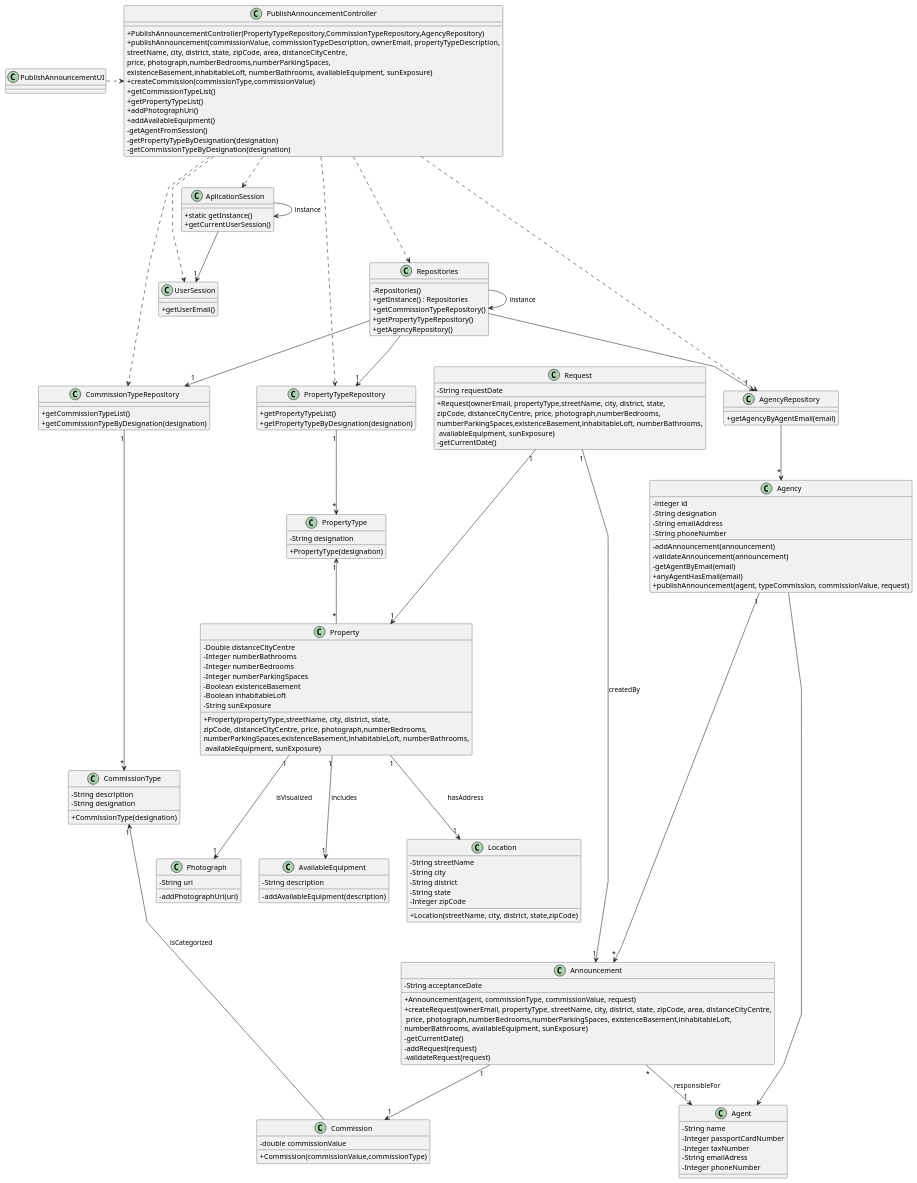
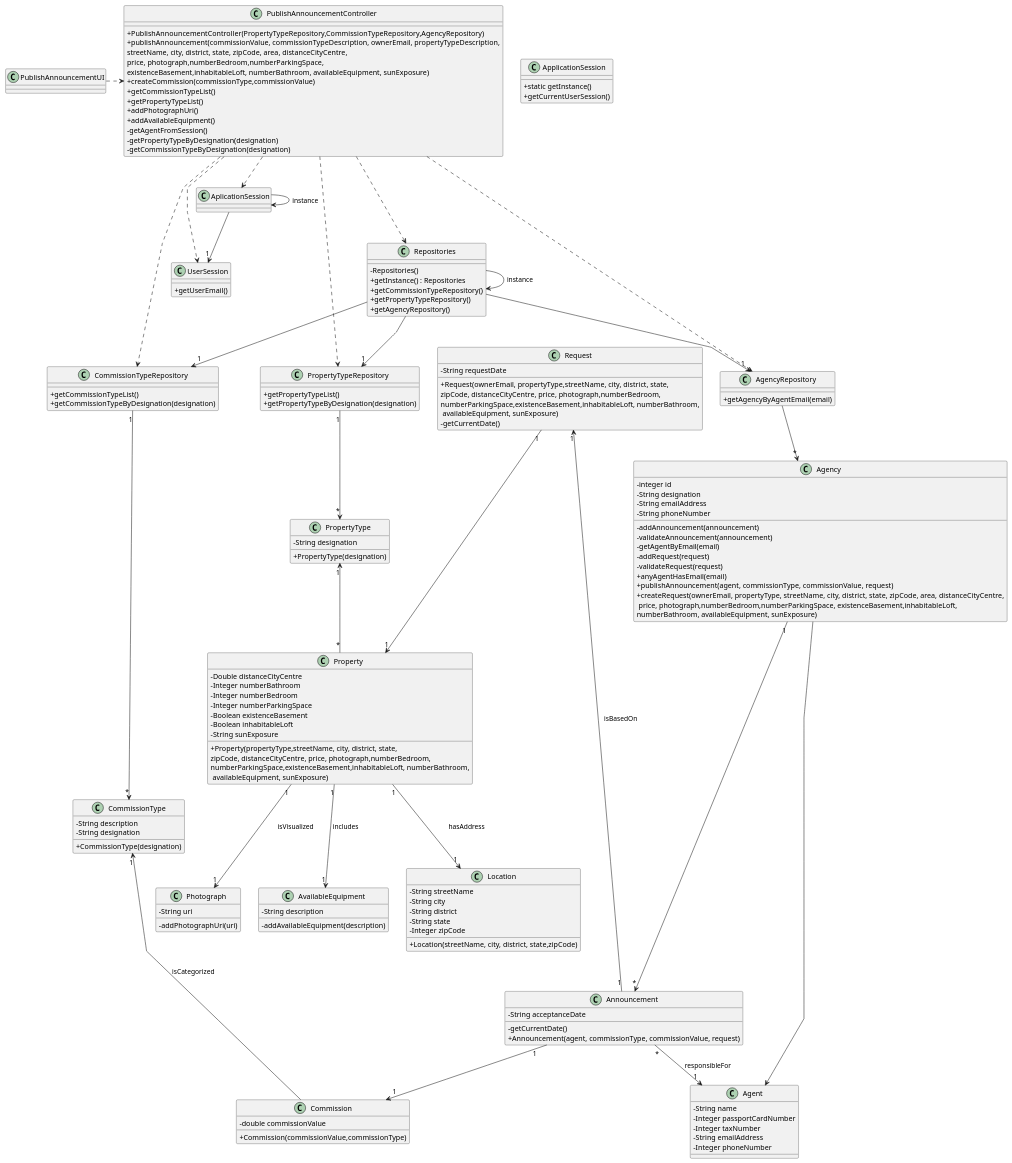
The diagram in docs/sprintB/us002/03.design/puml/us002-class-diagram.puml (rita-barbosa/LAPR2-2223), drawn with PlantUML before and after one commit. The commit also changed 1 other file, not shown here.

Commit message:
Update of class diagram [US002][Design]

```diff
--- a/docs/sprintB/us002/03.design/puml/us002-class-diagram.puml
+++ b/docs/sprintB/us002/03.design/puml/us002-class-diagram.puml
@@ -1,176 +1,175 @@
 @startuml
 'skinparam monochrome true
 skinparam packageStyle rectangle
 skinparam shadowing false
 skinparam linetype polyline
 'skinparam linetype orto
 
 skinparam classAttributeIconSize 0
 
 'left to right direction
 
-class AplicationSession
+class ApplicationSession
 {
     + static getInstance()
     + getCurrentUserSession()
 }
 class Property
 {
-- Double distanceCityCentre
-- Integer numberBathrooms
-- Integer numberBedrooms
-- Integer numberParkingSpaces
-- Boolean existenceBasement
-- Boolean inhabitableLoft
-- String sunExposure
-+ Property(propertyType,streetName, city, district, state,\nzipCode, distanceCityCentre, price, photograph,numberBedrooms,\nnumberParkingSpaces,existenceBasement,inhabitableLoft, numberBathrooms,\n availableEquipment, sunExposure)
+    - Double distanceCityCentre
+    - Integer numberBathroom
+    - Integer numberBedroom
+    - Integer numberParkingSpace
+    - Boolean existenceBasement
+    - Boolean inhabitableLoft
+    - String sunExposure
+    + Property(propertyType,streetName, city, district, state,\nzipCode, distanceCityCentre, price, photograph,numberBedroom,\nnumberParkingSpace,existenceBasement,inhabitableLoft, numberBathroom,\n availableEquipment, sunExposure)
 }
 class Location
 {
-- String streetName
-- String city
-- String district
-- String state
-- Integer zipCode
-+ Location(streetName, city, district, state,zipCode)
+    - String streetName
+    - String city
+    - String district
+    - String state
+    - Integer zipCode
+    + Location(streetName, city, district, state,zipCode)
 }
 class Photograph
 {
-- String uri
-- addPhotographUri(uri)
+    - String uri
+    - addPhotographUri(uri)
 }
 class AvailableEquipment
 {
-- String description
-- addAvailableEquipment(description)
+    - String description
+    - addAvailableEquipment(description)
 }
 
 class UserSession
 {
     + getUserEmail()
 }
 
 class Agent {
     - String name
     - Integer passportCardNumber
     - Integer taxNumber
-    - String emailAdress
+    - String emailAddress
     - Integer phoneNumber
 }
 
 class Announcement {
     - String acceptanceDate
-
+    - getCurrentDate()
     + Announcement(agent, commissionType, commissionValue, request)
-    + createRequest(ownerEmail, propertyType, streetName, city, district, state, zipCode, area, distanceCityCentre,\n price, photograph,numberBedrooms,numberParkingSpaces, existenceBasement,inhabitableLoft,\nnumberBathrooms, availableEquipment, sunExposure)
-    -getCurrentDate()
-    -addRequest(request)
-    -validateRequest(request)
 }
 class Commission {
-- double commissionValue
-+ Commission(commissionValue,commissionType)
+    - double commissionValue
+    + Commission(commissionValue,commissionType)
 }
 class CommissionType
 {
-- String description
+    - String description
 }
 class Request
 {
-- String requestDate
-+ Request(ownerEmail, propertyType,streetName, city, district, state,\nzipCode, distanceCityCentre, price, photograph,numberBedrooms,\nnumberParkingSpaces,existenceBasement,inhabitableLoft, numberBathrooms,\n availableEquipment, sunExposure)
-- getCurrentDate()
+    - String requestDate
+    + Request(ownerEmail, propertyType,streetName, city, district, state,\nzipCode, distanceCityCentre, price, photograph,numberBedroom,\nnumberParkingSpace,existenceBasement,inhabitableLoft, numberBathroom,\n availableEquipment, sunExposure)
+    - getCurrentDate()
 }
 class Agency {
     - integer id
     - String designation
     - String emailAddress
     - String phoneNumber
 
     - addAnnouncement(announcement)
     - validateAnnouncement(announcement)
     - getAgentByEmail(email)
+    - addRequest(request)
+    - validateRequest(request)
     + anyAgentHasEmail(email)
-    + publishAnnouncement(agent, typeCommission, commissionValue, request)
+    + publishAnnouncement(agent, commissionType, commissionValue, request)
+    + createRequest(ownerEmail, propertyType, streetName, city, district, state, zipCode, area, distanceCityCentre,\n price, photograph,numberBedroom,numberParkingSpace, existenceBasement,inhabitableLoft,\nnumberBathroom, availableEquipment, sunExposure)
 }
 
 class CommissionTypeRepository {
     + getCommissionTypeList()
     + getCommissionTypeByDesignation(designation)
 }
 class PropertyTypeRepository {
     + getPropertyTypeList()
     + getPropertyTypeByDesignation(designation)
 }
 
 class AgencyRepository {
     + getAgencyByAgentEmail(email)
 }
 
 class Repositories {
     - Repositories()
     + getInstance() : Repositories
     + getCommissionTypeRepository()
     + getPropertyTypeRepository()
     + getAgencyRepository()
 }
 
 class PublishAnnouncementController {
     + PublishAnnouncementController(PropertyTypeRepository,CommissionTypeRepository,AgencyRepository)
-    + publishAnnouncement(commissionValue, commissionTypeDescription, ownerEmail, propertyTypeDescription,\nstreetName, city, district, state, zipCode, area, distanceCityCentre,\nprice, photograph,numberBedrooms,numberParkingSpaces,\nexistenceBasement,inhabitableLoft, numberBathrooms, availableEquipment, sunExposure)
+    + publishAnnouncement(commissionValue, commissionTypeDescription, ownerEmail, propertyTypeDescription,\nstreetName, city, district, state, zipCode, area, distanceCityCentre,\nprice, photograph,numberBedroom,numberParkingSpace,\nexistenceBasement,inhabitableLoft, numberBathroom, availableEquipment, sunExposure)
     + createCommission(commissionType,commissionValue)
     + getCommissionTypeList()
     + getPropertyTypeList()
     + addPhotographUri()
     + addAvailableEquipment()
     - getAgentFromSession()
     - getPropertyTypeByDesignation(designation)
     - getCommissionTypeByDesignation(designation)
 }
 class PropertyType
 {
-- String designation
-+ PropertyType(designation)
+    - String designation
+    + PropertyType(designation)
 }
 class CommissionType
 {
-- String designation
-+ CommissionType(designation)
+    - String designation
+    + CommissionType(designation)
 }
 class PublishAnnouncementUI {
 }
 
 
 
-PublishAnnouncementUI .> PublishAnnouncementController
-PublishAnnouncementController .-> UserSession
-PublishAnnouncementController .-> AplicationSession
-AplicationSession -> AplicationSession : instance
-AplicationSession --> "1" UserSession
-PublishAnnouncementController .--> Repositories
-PublishAnnouncementController .-> PropertyTypeRepository
-PublishAnnouncementController .-> CommissionTypeRepository
-PublishAnnouncementController .-> AgencyRepository
+    PublishAnnouncementUI .> PublishAnnouncementController
+    PublishAnnouncementController .-> UserSession
+    PublishAnnouncementController .-> AplicationSession
+    AplicationSession -> AplicationSession : instance
+    AplicationSession --> "1" UserSession
+    PublishAnnouncementController .--> Repositories
+    PublishAnnouncementController .-> PropertyTypeRepository
+    PublishAnnouncementController .-> CommissionTypeRepository
+    PublishAnnouncementController .-> AgencyRepository
 
-Repositories -> Repositories : instance
-Repositories --> "1" CommissionTypeRepository
-Repositories --> "1" PropertyTypeRepository
-Repositories --> "1" AgencyRepository
-AgencyRepository --> "*" Agency
-Agency "1" ----> "*" Announcement
+    Repositories -> Repositories : instance
+    Repositories --> "1" CommissionTypeRepository
+    Repositories --> "1" PropertyTypeRepository
+    Repositories --> "1" AgencyRepository
+    AgencyRepository --> "*" Agency
+    Agency "1" ----> "*" Announcement
 
-Announcement "*" --> "1" Agent : responsibleFor
-CommissionTypeRepository "1" ---> "*" CommissionType
-CommissionType "1" <-- Commission : isCategorized
-Announcement "1" --> "1" Commission
-Request "1" --> "1" Announcement : createdBy
-Request "1" ---> "1" Property
-Agency ----> Agent
-PropertyTypeRepository "1" --> "*" PropertyType
-PropertyType "1" <-- "*" Property
-Property "1" --> "1" Location : hasAddress
-Property "1" --> "1" Photograph : isVisualized
-Property "1" --> "1" AvailableEquipment : includes
+    Announcement "*" --> "1" Agent : responsibleFor
+    CommissionTypeRepository "1" ---> "*" CommissionType
+    CommissionType "1" <-- Commission : isCategorized
+    Announcement "1" --> "1" Commission
+    Request "1" <-- "1" Announcement : isBasedOn
+    Request "1" ---> "1" Property
+    Agency ----> Agent
+    PropertyTypeRepository "1" --> "*" PropertyType
+    PropertyType "1" <-- "*" Property
+    Property "1" --> "1" Location : hasAddress
+    Property "1" --> "1" Photograph : isVisualized
+    Property "1" --> "1" AvailableEquipment : includes
 
 
 @enduml
```
